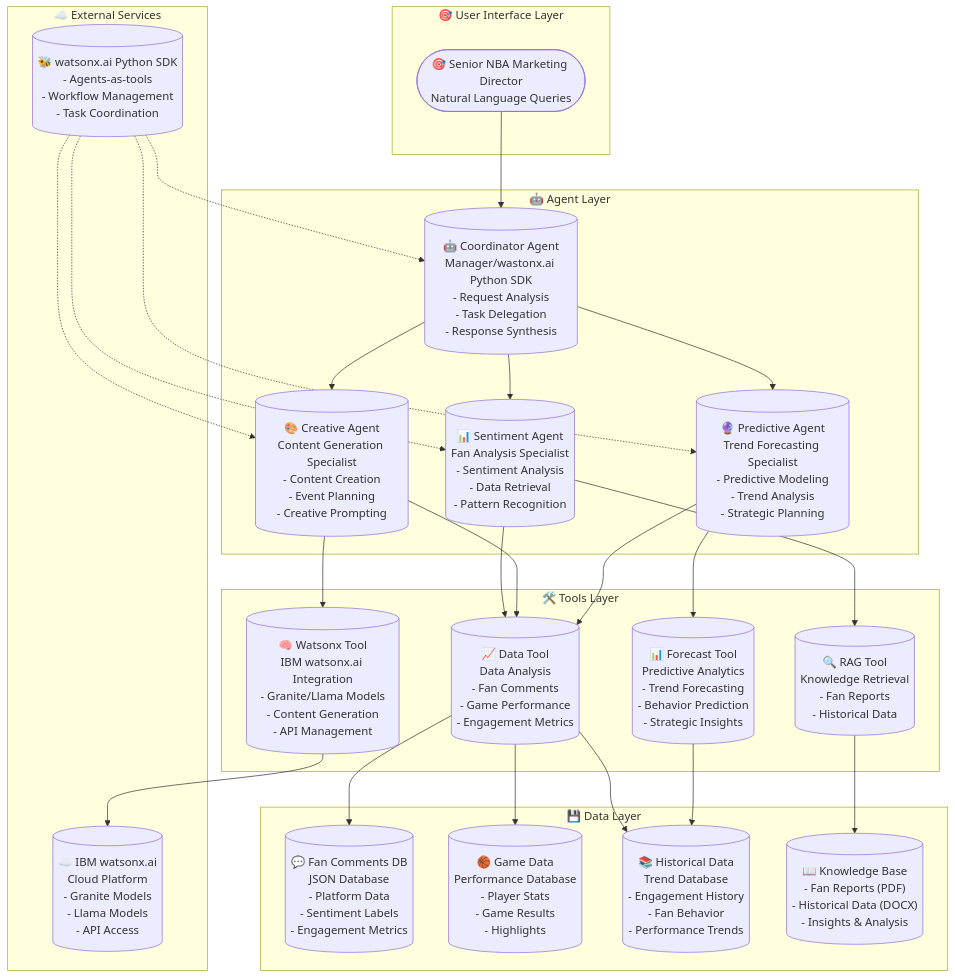
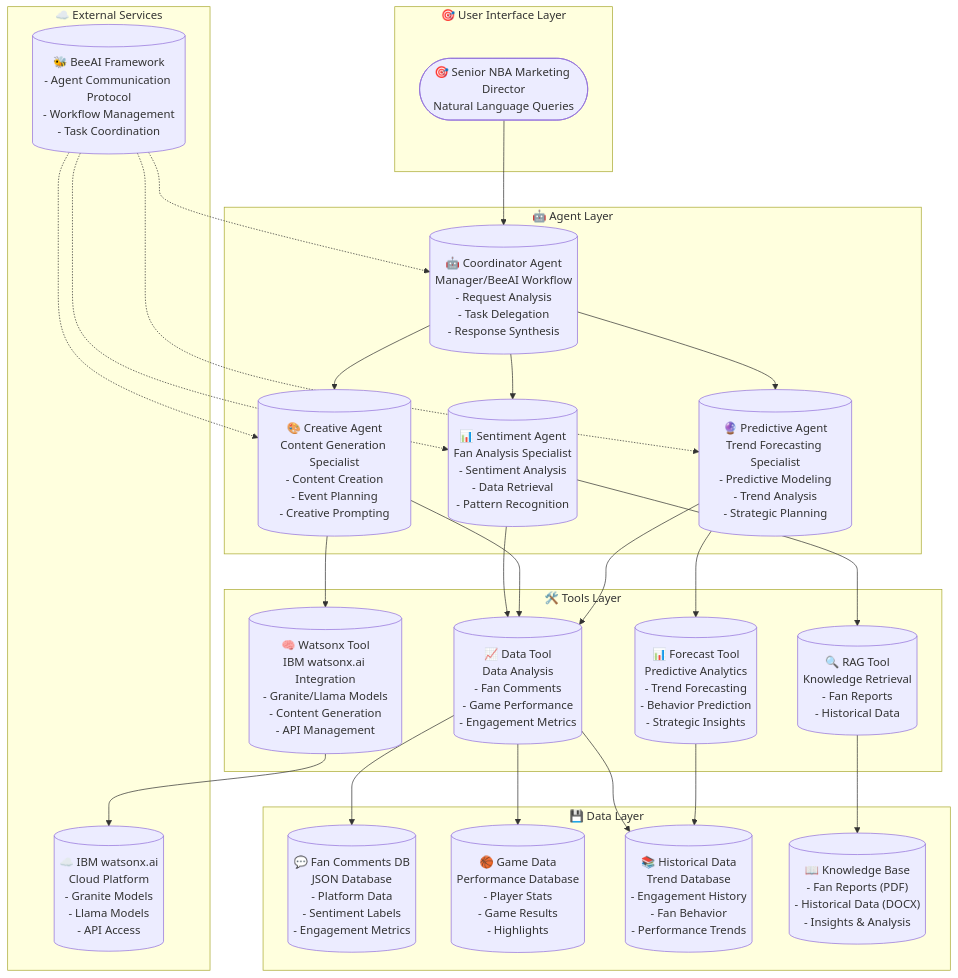
One commit to Alvin9840/NBA-Marketing-AI-Dashboard changed the diagram in README.md. Above: the diagram before and after it, drawn with Mermaid. The commit also changed other lines of this file and 3 other files, not shown here.

```diff
--- a/README.md
+++ b/README.md
@@ -18,7 +18,7 @@
     User(["🎯 Senior NBA Marketing Director<br/>Natural Language Queries"])
     
     %% Coordinator Agent
-    CA[("🤖 Coordinator Agent<br/>Manager/wastonx.ai Python SDK<br/>- Request Analysis<br/>- Task Delegation<br/>- Response Synthesis")]
+    CA[("🤖 Coordinator Agent<br/>Manager/BeeAI Workflow<br/>- Request Analysis<br/>- Task Delegation<br/>- Response Synthesis")]
     class CA coordinator
     
     %% Specialist Agents
@@ -62,8 +62,8 @@
     WX[("☁️ IBM watsonx.ai<br/>Cloud Platform<br/>- Granite Models<br/>- Llama Models<br/>- API Access")]
     class WX external
     
-    %% watsonx.ai Python SDK
-    BF[("🐝 watsonx.ai Python SDK<br/>- Agents-as-tools <br/>- Workflow Management<br/>- Task Coordination")]
+    %% BeeAI Framework
+    BF[("🐝 BeeAI Framework<br/>- Agent Communication Protocol<br/>- Workflow Management<br/>- Task Coordination")]
     class BF external
     
     %% Connections
```
